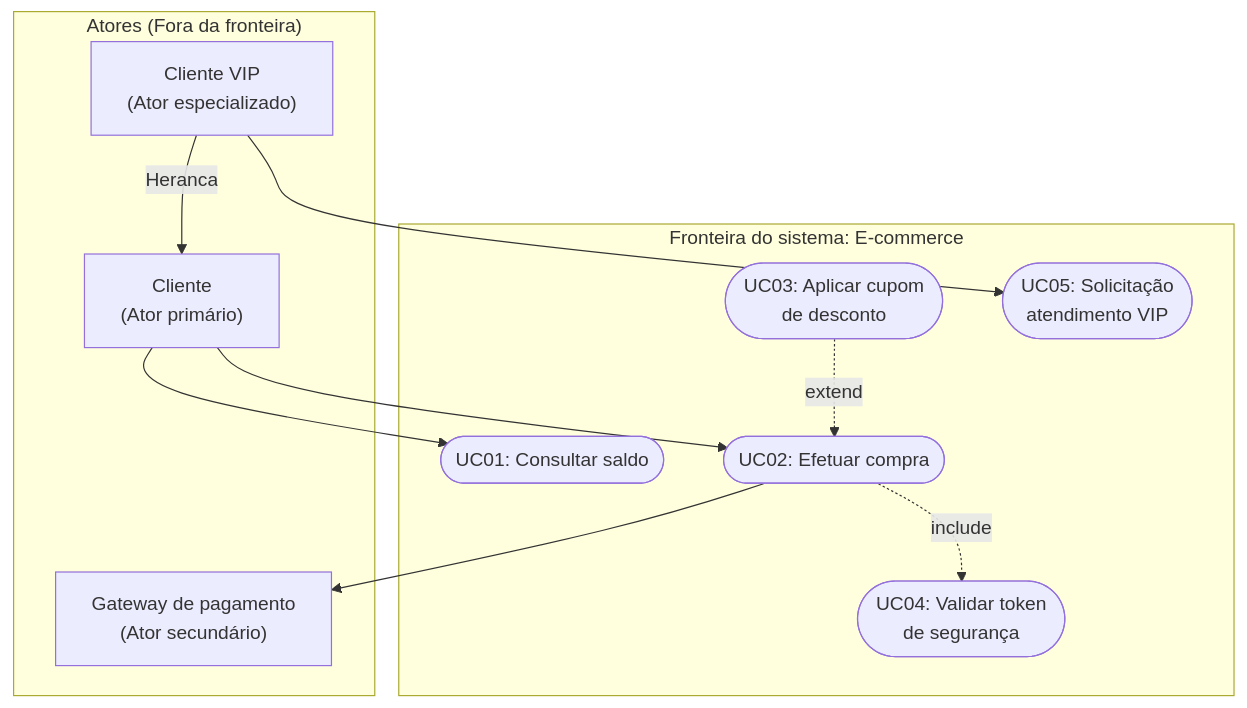
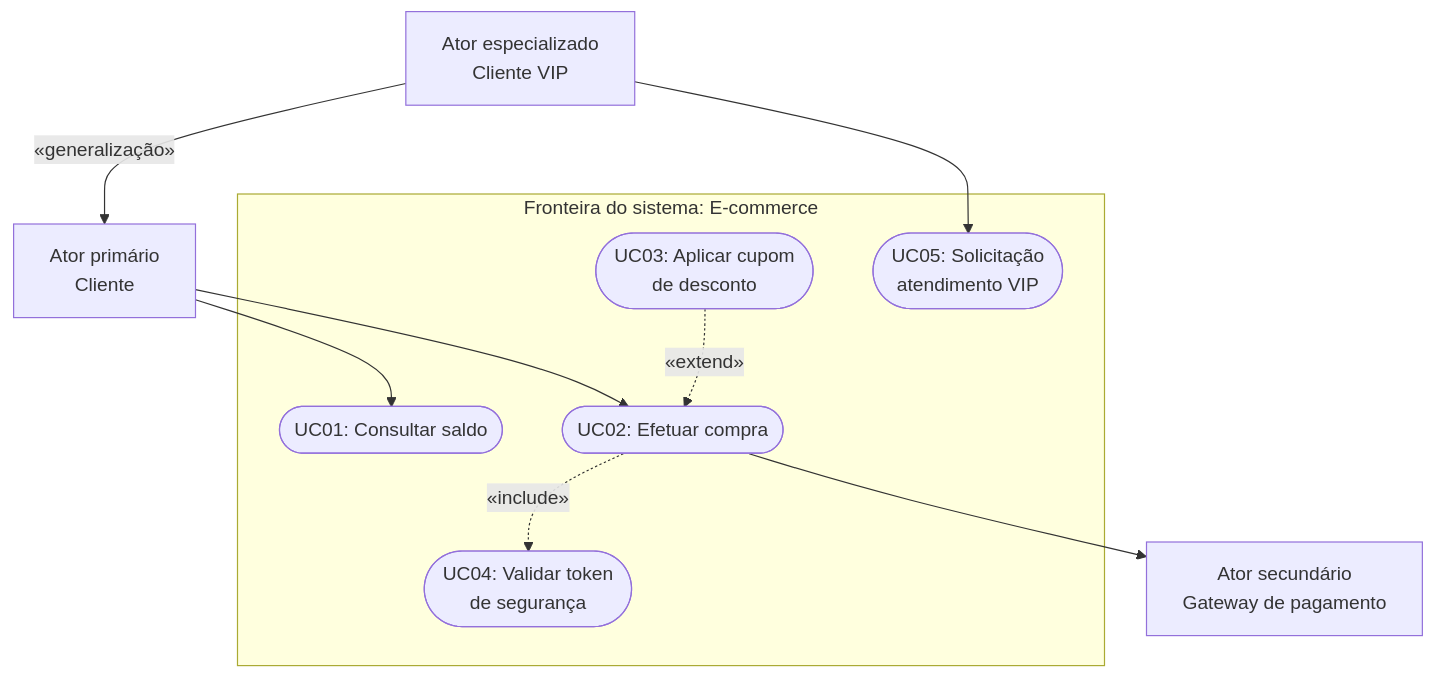
The second of 11 diagrams in 07. Engenharia de Requisitos/08. Modelagem de requisitos com casos de uso e especificações textuais.md (leorruas/puc), drawn with Mermaid before and after one commit. The commit also changed other lines of this file, not shown here.

Commit message:
style(requisitos): aproximar casos de uso da notação uml

````diff
--- a/07. Engenharia de Requisitos/08. Modelagem de requisitos com casos de uso e especificações textuais.md
+++ b/07. Engenharia de Requisitos/08. Modelagem de requisitos com casos de uso e especificações textuais.md
@@ -82,24 +80,22 @@
 ```mermaid
 flowchart TD
-    subgraph Atores["Atores (Fora da fronteira)"]
-        Cliente["Cliente<br>(Ator primário)"]
-        ClienteVIP["Cliente VIP<br>(Ator especializado)"]
-        Gateway["Gateway de pagamento<br>(Ator secundário)"]
+    Cliente["Ator primário<br>Cliente"]:::external
+    ClienteVIP["Ator especializado<br>Cliente VIP"]:::external
+    Gateway["Ator secundário<br>Gateway de pagamento"]:::external
+
+    subgraph Sistema["Fronteira do sistema: E-commerce"]
+        UC01(["UC01: Consultar saldo"]):::component
+        UC02(["UC02: Efetuar compra"]):::core
+        UC03(["UC03: Aplicar cupom<br>de desconto"]):::component
+        UC04(["UC04: Validar token<br>de segurança"]):::component
+        UC05(["UC05: Solicitação<br>atendimento VIP"]):::component
     end
 
-    subgraph Sistema["Fronteira do sistema: E-commerce"]
-        UC01(["UC01: Consultar saldo"])
-        UC02(["UC02: Efetuar compra"])
-        UC03(["UC03: Aplicar cupom<br>de desconto"])
-        UC04(["UC04: Validar token<br>de segurança"])
-        UC05(["UC05: Solicitação<br>atendimento VIP"])
-    end
-
-    ClienteVIP -->|Heranca| Cliente
+    ClienteVIP -->|"«generalização»"| Cliente
     Cliente --> UC01
     Cliente --> UC02
     ClienteVIP --> UC05
     UC02 --> Gateway
-    UC03 -.->|extend| UC02
-    UC02 -.->|include| UC04
+    UC03 -.->|"«extend»"| UC02
+    UC02 -.->|"«include»"| UC04
 ```
````
